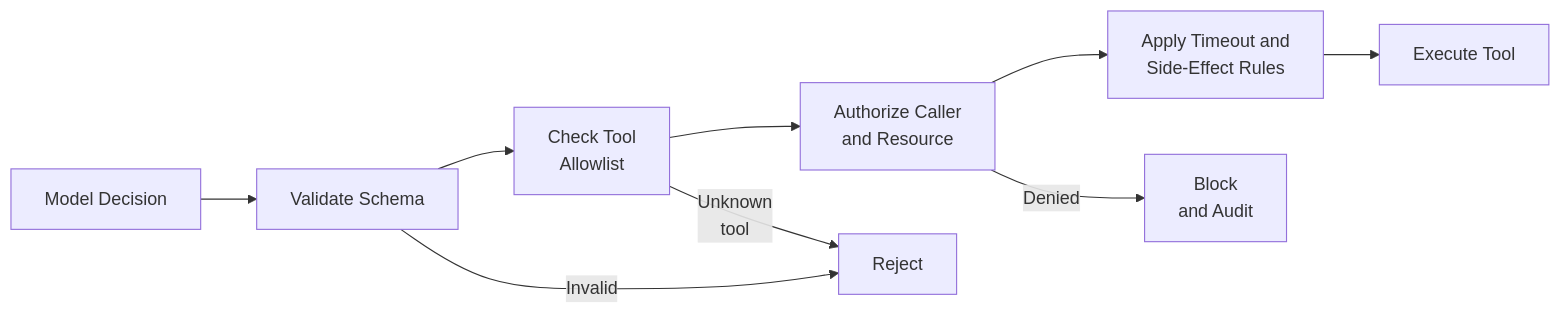
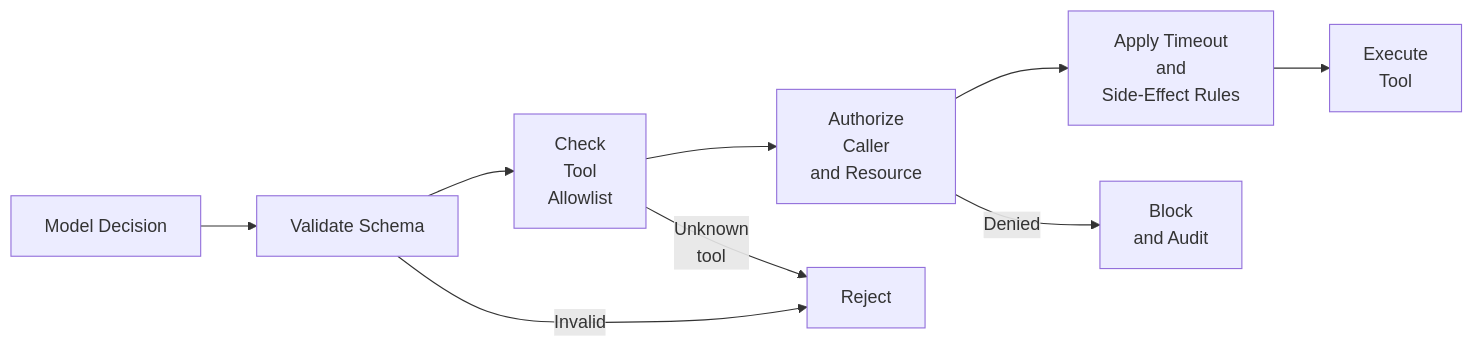
One commit to MihirKJha/enterprise-ai-blog changed the second of 2 diagrams in docs/architecture-insights/ai-agents/5.1-engineering-bounded-enterprise-agents.md. Above: the diagram before and after it, drawn with Mermaid. The commit also changed other lines of this file, not shown here.

Commit message:
Updated note : -5.1-engineering-bounded-enterprise-agents.md
Updated note : -5.1-engineering-bounded-enterprise-agents.md

````diff
--- a/docs/architecture-insights/ai-agents/5.1-engineering-bounded-enterprise-agents.md
+++ b/docs/architecture-insights/ai-agents/5.1-engineering-bounded-enterprise-agents.md
@@ -135,11 +135,11 @@
 ```mermaid
 flowchart LR
     A[Model Decision] --> B[Validate Schema]
-    B --> C[Check Tool <br/>Allowlist]
-    C --> D[Authorize Caller <br/>and Resource]
-    D --> E[Apply Timeout and <br/>Side-Effect Rules]
-    E --> F[Execute Tool]
+    B --> C[Check <br/>Tool <br/>Allowlist]
+    C --> D[Authorize <br/>Caller <br/>and Resource]
+    D --> E[Apply Timeout <br/>and <br/>Side-Effect Rules]
+    E --> F[Execute <br/>Tool]
     B -->|Invalid| X[Reject]
     C -->|Unknown <br/>tool| X
     D -->|Denied| Y[Block <br/>and Audit]
 ```
````
